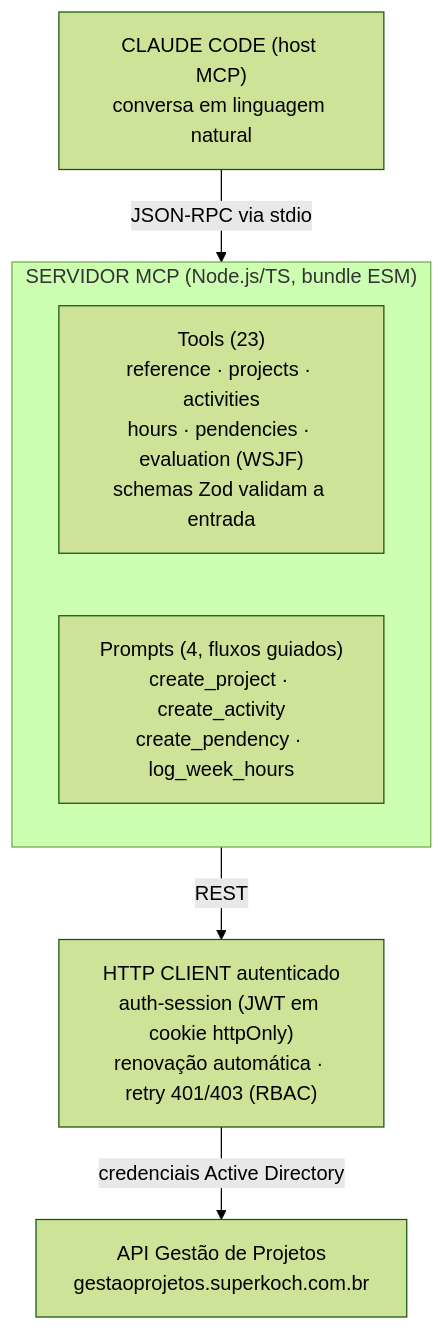
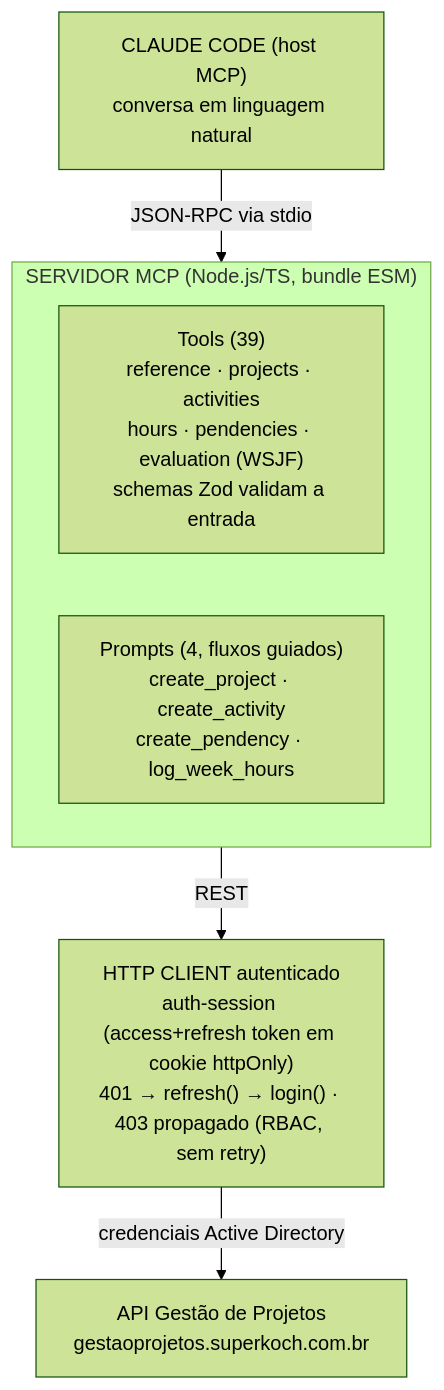
The diagram in public/posts/gestao-de-projetos-mcp.md (cristiangiehl1/my-website), drawn with Mermaid (forest theme) before and after one commit. The commit also changed other lines of this file and 24 other files, not shown here.

First line of the commit message:
feat(web): split gestão de despesas post, deepen all project posts with real architecture detail

````diff
--- a/public/posts/gestao-de-projetos-mcp.md
+++ b/public/posts/gestao-de-projetos-mcp.md
@@ -33,11 +33,11 @@
 ```mermaid
 flowchart TD
     A["CLAUDE CODE (host MCP)<br/>conversa em linguagem natural"] -->|JSON-RPC via stdio| B
     subgraph B["SERVIDOR MCP (Node.js/TS, bundle ESM)"]
         direction LR
-        T["Tools (23)<br/>reference · projects · activities<br/>hours · pendencies · evaluation (WSJF)<br/>schemas Zod validam a entrada"]
+        T["Tools (39)<br/>reference · projects · activities<br/>hours · pendencies · evaluation (WSJF)<br/>schemas Zod validam a entrada"]
         P["Prompts (4, fluxos guiados)<br/>create_project · create_activity<br/>create_pendency · log_week_hours"]
     end
-    B -->|REST| C["HTTP CLIENT autenticado<br/>auth-session (JWT em cookie httpOnly)<br/>renovação automática · retry 401/403 (RBAC)"]
+    B -->|REST| C["HTTP CLIENT autenticado<br/>auth-session (access+refresh token em cookie httpOnly)<br/>401 → refresh() → login() · 403 propagado (RBAC, sem retry)"]
     C -->|credenciais Active Directory| D["API Gestão de Projetos<br/>gestaoprojetos.superkoch.com.br"]
 ```
````
